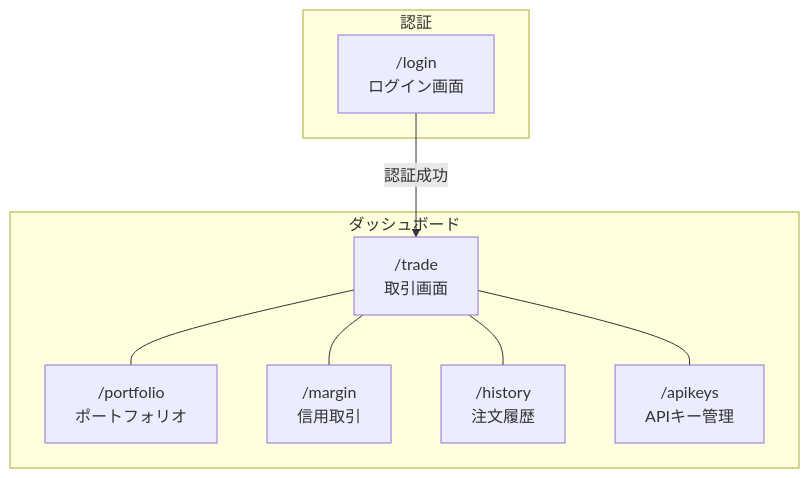
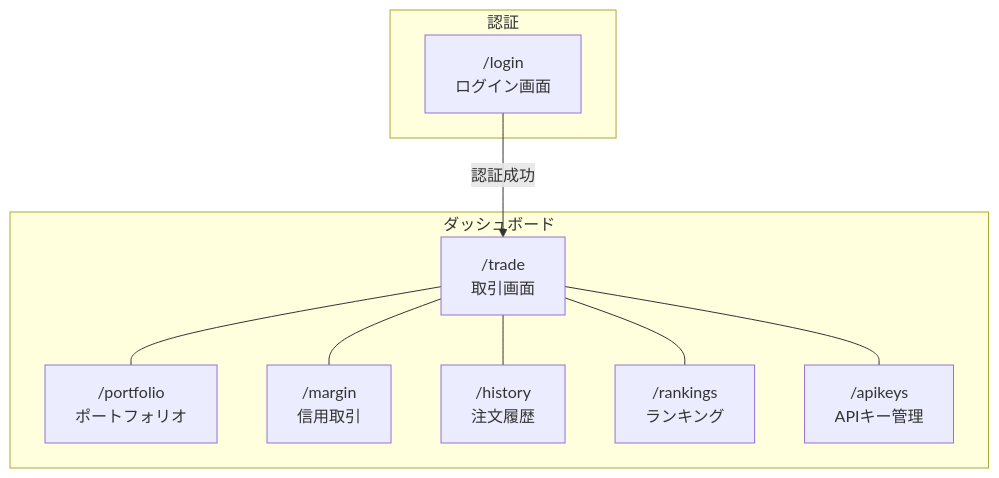
The fifth of 6 diagrams in README.md (serkenn/kabu-trade), drawn with Mermaid before and after one commit. The commit also changed other lines of this file and 2 other files, not shown here.

````diff
--- a/README.md
+++ b/README.md
@@ -402,20 +417,22 @@
 ```mermaid
 graph TD
     subgraph 認証
         LOGIN["/login<br/>ログイン画面"]
     end
 
     subgraph ダッシュボード
         TRADE["/trade<br/>取引画面"]
         PORTFOLIO["/portfolio<br/>ポートフォリオ"]
         MARGIN["/margin<br/>信用取引"]
         HISTORY["/history<br/>注文履歴"]
+        RANKINGS["/rankings<br/>ランキング"]
         APIKEYS["/apikeys<br/>APIキー管理"]
     end
 
     LOGIN -->|認証成功| TRADE
     TRADE --- PORTFOLIO
     TRADE --- MARGIN
     TRADE --- HISTORY
+    TRADE --- RANKINGS
     TRADE --- APIKEYS
 ```
````
